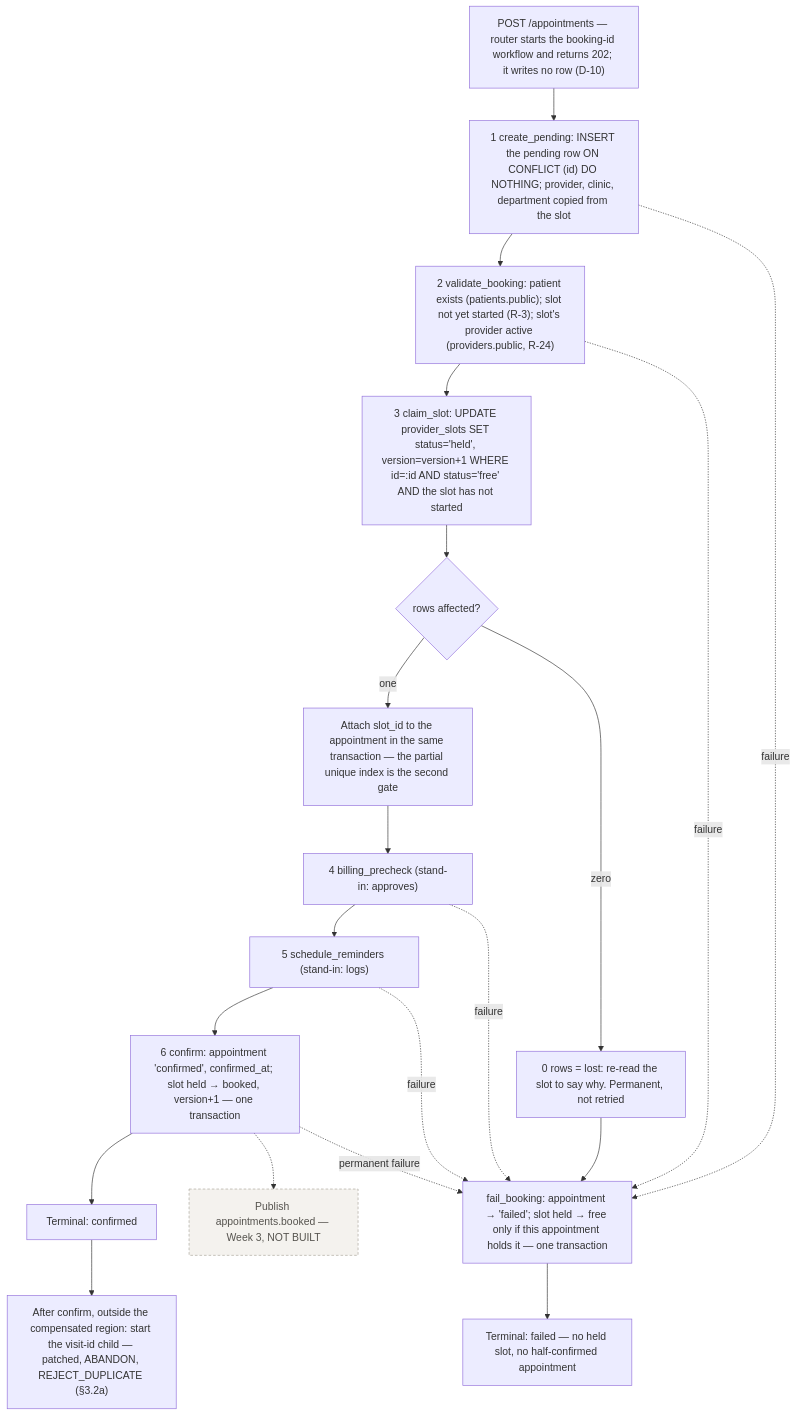
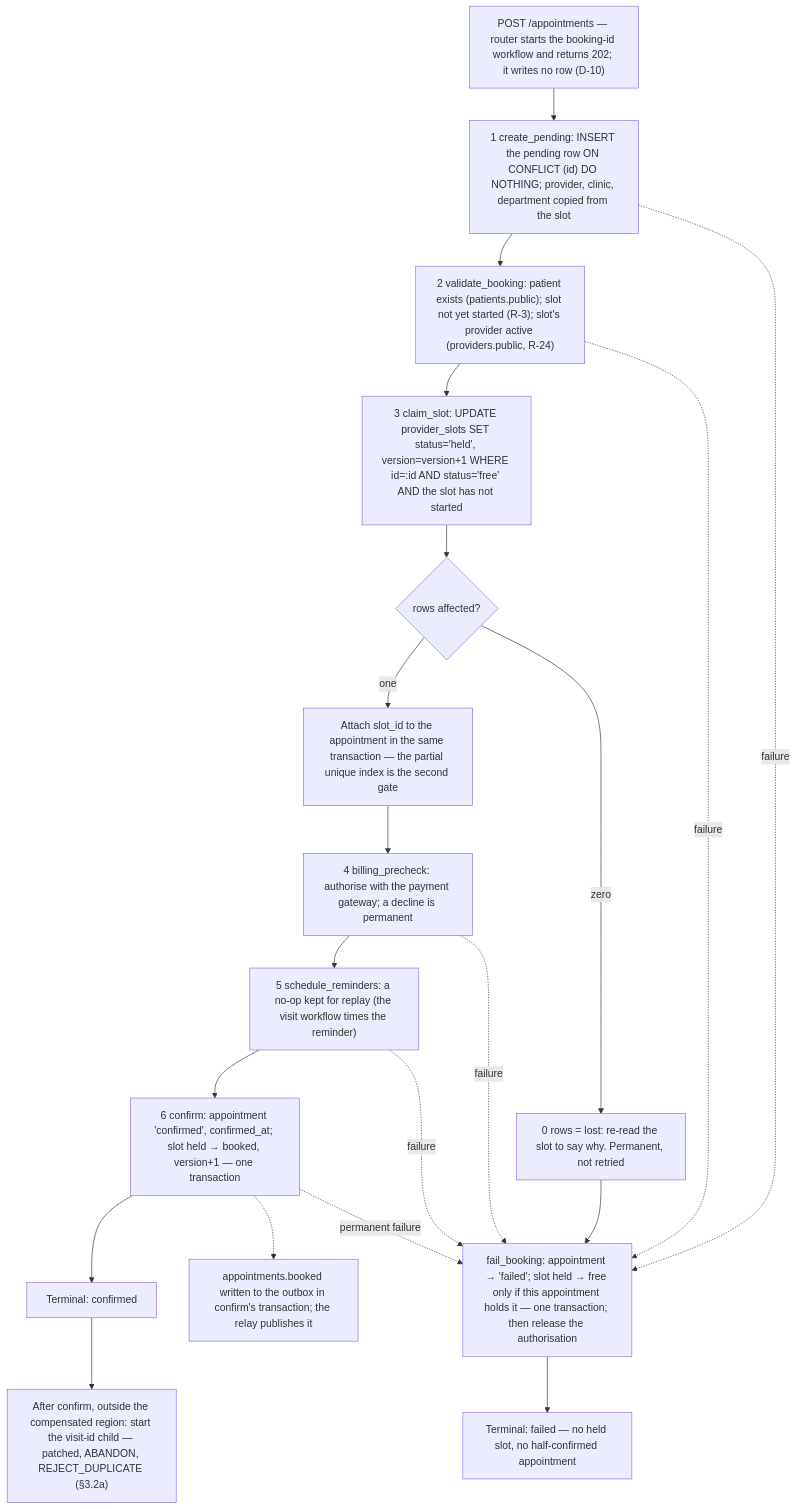
Before and after one commit to sadainiqrar/smarthealth: diagram 11 of 15 in docs/ARCHITECTURE.md, drawn with Mermaid. The commit also changed other lines of this file and 3 other files, not shown here.

````diff
--- a/docs/ARCHITECTURE.md
+++ b/docs/ARCHITECTURE.md
@@ -1107,34 +1331,31 @@
 ```mermaid
 flowchart TD
     start["POST /appointments — router starts the booking-id workflow and returns 202; it writes no row (D-10)"]
     create["1 create_pending: INSERT the pending row ON CONFLICT (id) DO NOTHING; provider, clinic, department copied from the slot"]
     validate["2 validate_booking: patient exists (patients.public); slot not yet started (R-3); slot's provider active (providers.public, R-24)"]
     reserve["3 claim_slot: UPDATE provider_slots SET status='held', version=version+1 WHERE id=:id AND status='free' AND the slot has not started"]
     rows{"rows affected?"}
     conflict["0 rows = lost: re-read the slot to say why. Permanent, not retried"]
     attach["Attach slot_id to the appointment in the same transaction — the partial unique index is the second gate"]
-    billing["4 billing_precheck (stand-in: approves)"]
-    notify["5 schedule_reminders (stand-in: logs)"]
+    billing["4 billing_precheck: authorise with the payment gateway; a decline is permanent"]
+    notify["5 schedule_reminders: a no-op kept for replay (the visit workflow times the reminder)"]
     confirm["6 confirm: appointment 'confirmed', confirmed_at; slot held → booked, version+1 — one transaction"]
-    publish["Publish appointments.booked — Week 3, NOT BUILT"]
+    publish["appointments.booked written to the outbox in confirm's transaction; the relay publishes it"]
     done["Terminal: confirmed"]
     visit["After confirm, outside the compensated region: start the visit-id child — patched, ABANDON, REJECT_DUPLICATE (§3.2a)"]
-    comp["fail_booking: appointment → 'failed'; slot held → free only if this appointment holds it — one transaction"]
+    comp["fail_booking: appointment → 'failed'; slot held → free only if this appointment holds it — one transaction; then release the authorisation"]
     failed["Terminal: failed — no held slot, no half-confirmed appointment"]
 
     start --> create --> validate --> reserve --> rows
     rows -->|one| attach
     rows -->|zero| conflict --> comp
     attach --> billing --> notify --> confirm --> done
     confirm -.-> publish
     done --> visit
     create -. failure .-> comp
     validate -. failure .-> comp
     billing -. failure .-> comp
     notify -. failure .-> comp
     confirm -. permanent failure .-> comp
     comp --> failed
-
-    classDef notbuilt fill:#f4f2ee,stroke:#a9a49a,stroke-dasharray:4 3,color:#55534e
-    class publish notbuilt
 ```
````
